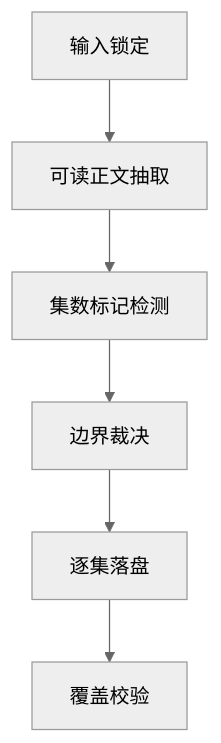
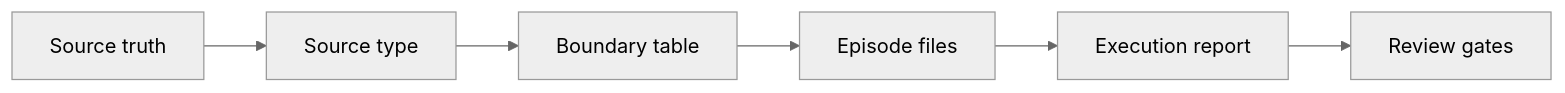
The second of 2 diagrams in .agents/skills/aigc/1-分集/SKILL.md (ZEN-VOID/AI-CUT), drawn with Mermaid (neutral theme) before and after one commit. The commit also changed other lines of this file and 181 other files, not shown here.

````diff
--- a/.agents/skills/aigc/1-分集/SKILL.md
+++ b/.agents/skills/aigc/1-分集/SKILL.md
@@ -124,8 +131,8 @@
 ```mermaid
-flowchart TD
-    A["输入锁定"] --> B["可读正文抽取"]
-    B --> C["集数标记检测"]
-    C --> D["边界裁决"]
-    D --> E["逐集落盘"]
-    E --> F["覆盖校验"]
+flowchart LR
+    A["Source truth"] --> B["Source type"]
+    B --> C["Boundary table"]
+    C --> D["Episode files"]
+    D --> E["Execution report"]
+    E --> F["Review gates"]
 ```
````
